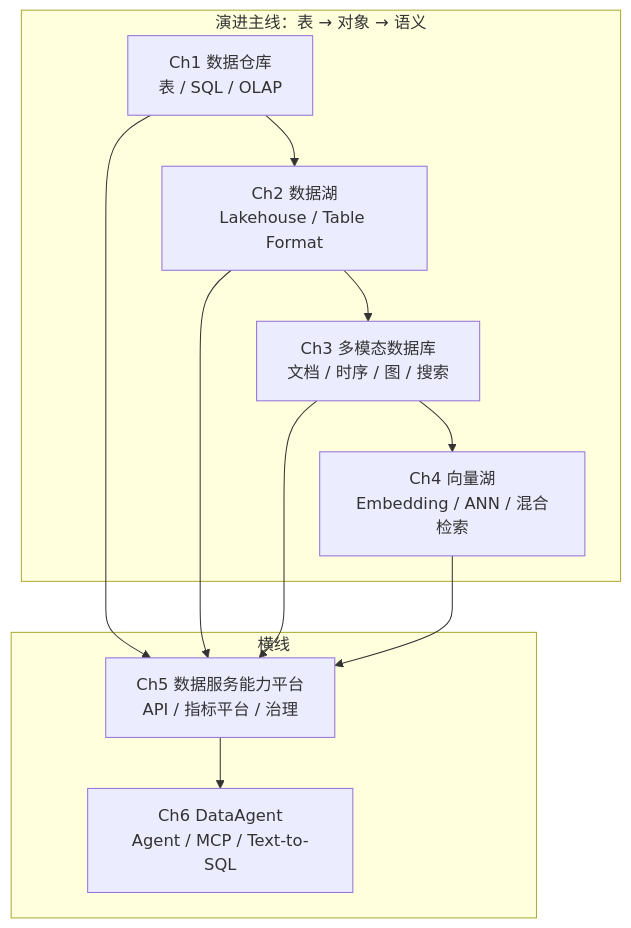
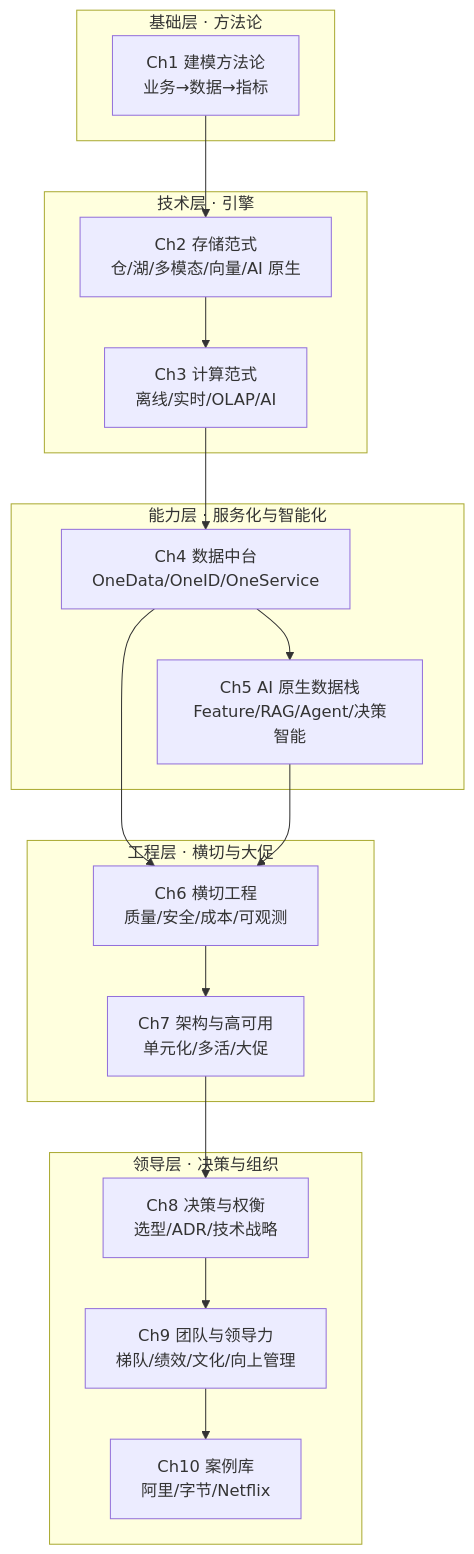
Before and after one commit to QuanhongDing/data-travel: the diagram in 00-introduction/README.md, drawn with Mermaid. The commit also changed other lines of this file and 20 other files, not shown here.

````diff
--- a/00-introduction/README.md
+++ b/00-introduction/README.md
@@ -22,19 +33,30 @@
 ```mermaid
 flowchart TB
-  subgraph 演进主线["演进主线：表 → 对象 → 语义"]
-    A["Ch1 数据仓库<br/>表 / SQL / OLAP"]
-    B["Ch2 数据湖<br/>Lakehouse / Table Format"]
-    C["Ch3 多模态数据库<br/>文档 / 时序 / 图 / 搜索"]
-    D["Ch4 向量湖<br/>Embedding / ANN / 混合检索"]
+  subgraph 基础层["基础层 · 方法论"]
+    A["Ch1 建模方法论<br/>业务→数据→指标"]
   end
-  subgraph 两条横线["横线"]
-    E["Ch5 数据服务能力平台<br/>API / 指标平台 / 治理"]
-    F["Ch6 DataAgent<br/>Agent / MCP / Text-to-SQL"]
+  subgraph 技术层["技术层 · 引擎"]
+    B["Ch2 存储范式<br/>仓/湖/多模态/向量/AI 原生"]
+    C["Ch3 计算范式<br/>离线/实时/OLAP/AI"]
   end
-  A --> B --> C --> D
-  A --> E
-  B --> E
-  C --> E
-  D --> E
+  subgraph 能力层["能力层 · 服务化与智能化"]
+    D["Ch4 数据中台<br/>OneData/OneID/OneService"]
+    E["Ch5 AI 原生数据栈<br/>Feature/RAG/Agent/决策智能"]
+  end
+  subgraph 工程层["工程层 · 横切与大促"]
+    F["Ch6 横切工程<br/>质量/安全/成本/可观测"]
+    G["Ch7 架构与高可用<br/>单元化/多活/大促"]
+  end
+  subgraph 领导层["领导层 · 决策与组织"]
+    H["Ch8 决策与权衡<br/>选型/ADR/技术战略"]
+    I["Ch9 团队与领导力<br/>梯队/绩效/文化/向上管理"]
+    J["Ch10 案例库<br/>阿里/字节/Netflix"]
+  end
+  A --> B --> C --> D --> E
+  D --> F
   E --> F
+  F --> G
+  G --> H
+  H --> I
+  I --> J
 ```
````
